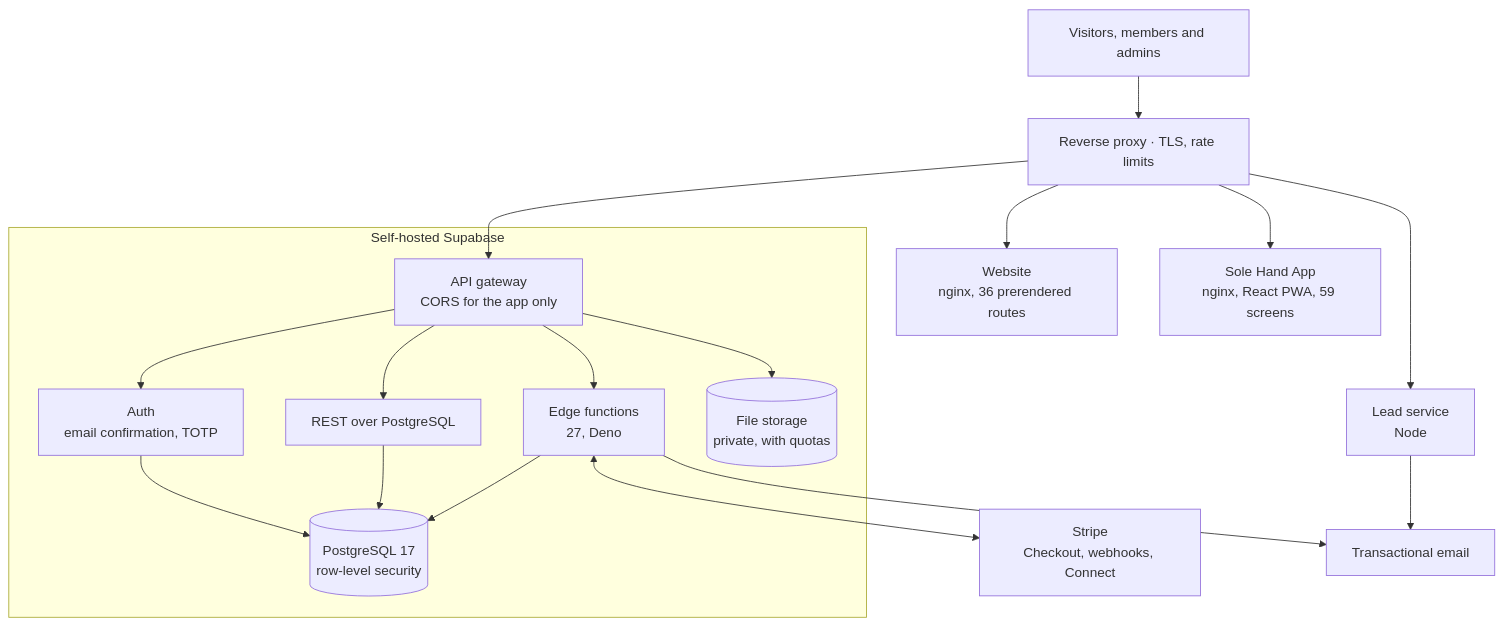
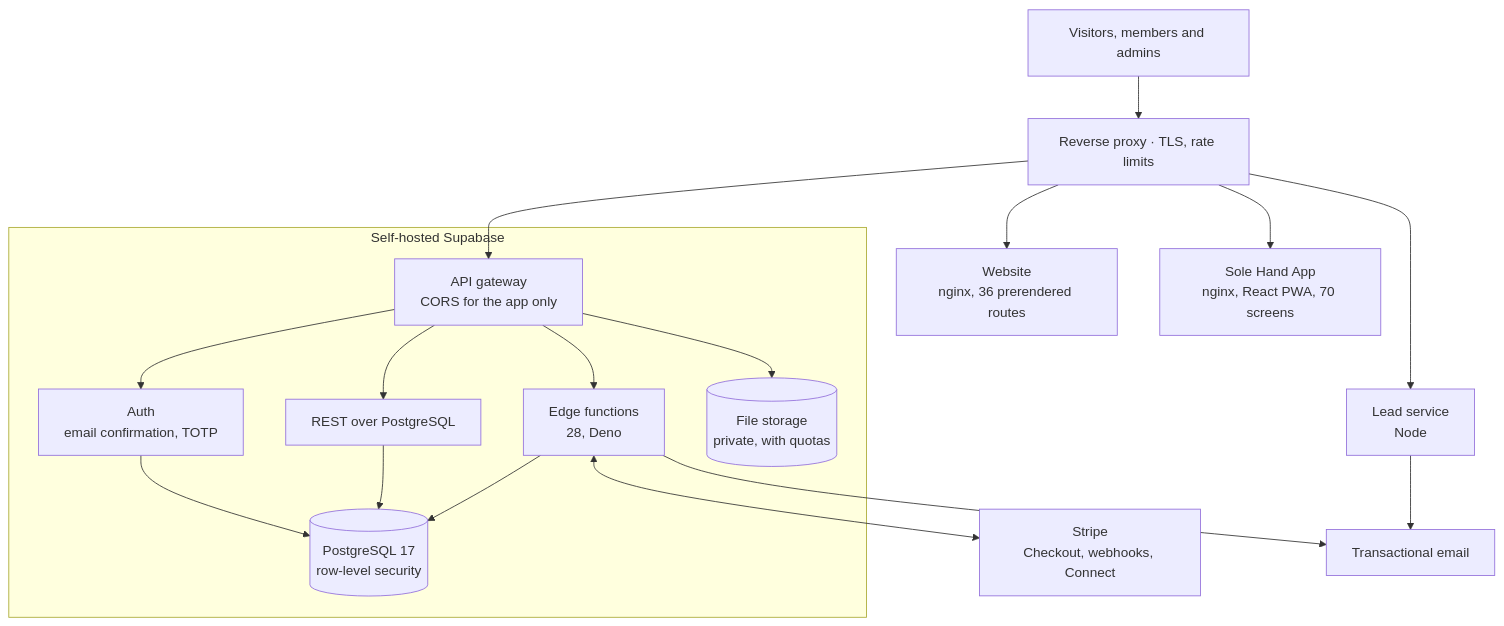
The diagram in README.md (danielbrosed/SOLE-HAND-PROYECT), drawn with Mermaid before and after one commit. The commit also changed other lines of this file and 7 other files, not shown here.

````diff
--- a/README.md
+++ b/README.md
@@ -137,18 +138,18 @@
 ```mermaid
 flowchart TB
     U["Visitors, members and admins"] --> RP["Reverse proxy · TLS, rate limits"]
     RP --> WEB["Website<br/>nginx, 36 prerendered routes"]
-    RP --> APP["Sole Hand App<br/>nginx, React PWA, 59 screens"]
+    RP --> APP["Sole Hand App<br/>nginx, React PWA, 70 screens"]
     RP --> GW["API gateway<br/>CORS for the app only"]
     RP --> LEADS["Lead service<br/>Node"]
     subgraph BACK["Self-hosted Supabase"]
         GW --> AUTH["Auth<br/>email confirmation, TOTP"]
         GW --> REST["REST over PostgreSQL"]
-        GW --> FN["Edge functions<br/>27, Deno"]
+        GW --> FN["Edge functions<br/>28, Deno"]
         GW --> ST[("File storage<br/>private, with quotas")]
         AUTH & REST & FN --> DB[("PostgreSQL 17<br/>row-level security")]
     end
     FN <--> STRIPE["Stripe<br/>Checkout, webhooks, Connect"]
     FN --> SMTP["Transactional email"]
     LEADS --> SMTP
 ```
````
